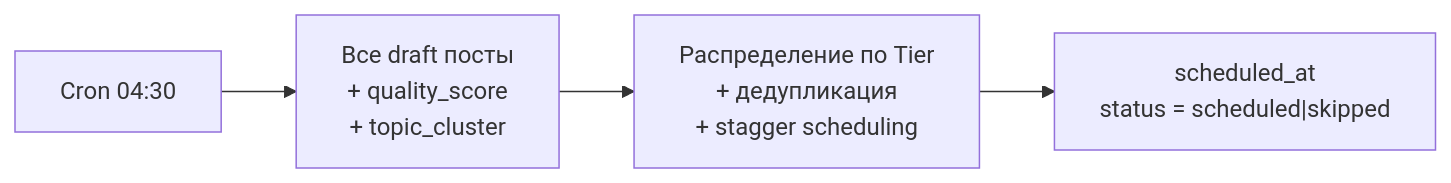
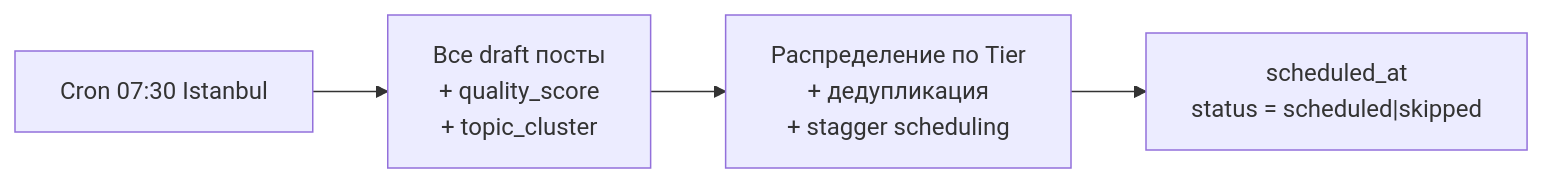
One commit to TimmyZinin/content-pipeline changed the fifth of 7 diagrams in docs/Workflows.md. Above: the diagram before and after it, drawn with Mermaid. The commit also changed other lines of this file, not shown here.

````diff
--- a/docs/Workflows.md
+++ b/docs/Workflows.md
@@ -104,6 +104,6 @@
 ```mermaid
 flowchart LR
-    CRON["Cron 04:30"] --> SQL["Все draft посты\n+ quality_score\n+ topic_cluster"]
+    CRON["Cron 07:30 Istanbul"] --> SQL["Все draft посты\n+ quality_score\n+ topic_cluster"]
     SQL --> CODE["Распределение по Tier\n+ дедупликация\n+ stagger scheduling"]
     CODE --> UPDATE["scheduled_at\nstatus = scheduled|skipped"]
 ```
````
